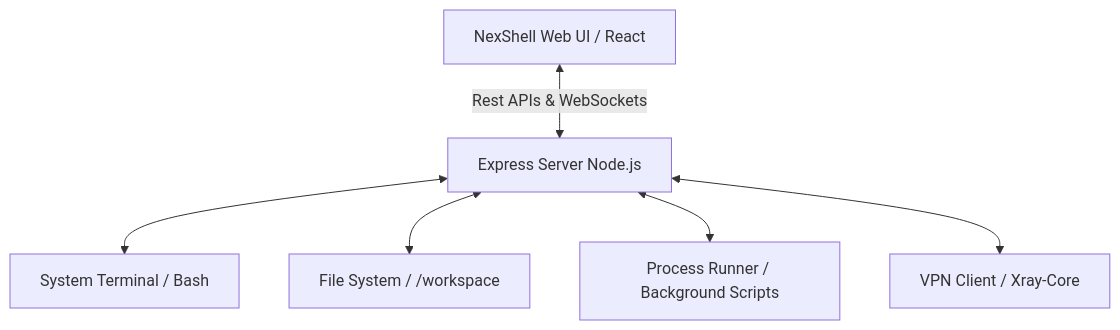
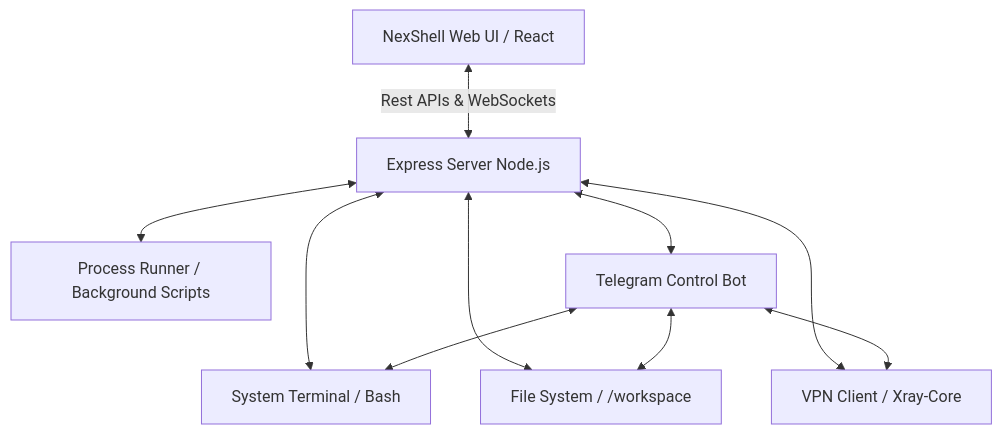
The diagram in README.md (kiareox/terminal), drawn with Mermaid before and after one commit. The commit also changed other lines of this file and 3 other files, not shown here.

````diff
--- a/README.md
+++ b/README.md
@@ -17,8 +18,12 @@
 ```mermaid
 graph TD
     A[NexShell Web UI / React] <-->|Rest APIs & WebSockets| B[Express Server Node.js]
     B <--> C[System Terminal / Bash]
     B <--> D[File System / /workspace]
     B <--> E[Process Runner / Background Scripts]
     B <--> F[VPN Client / Xray-Core]
+    B <--> G[Telegram Control Bot]
+    G <--> D
+    G <--> F
+    G <--> C
 ```
````
